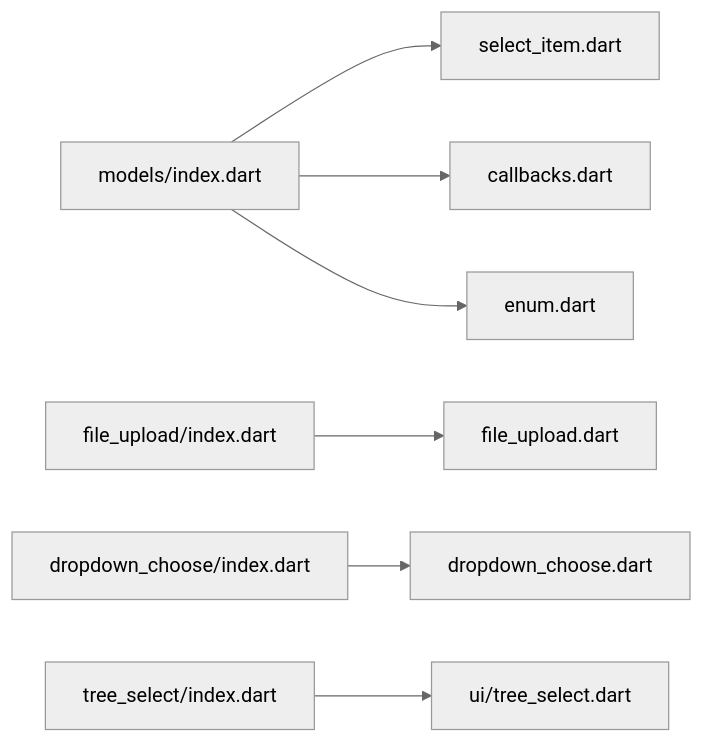
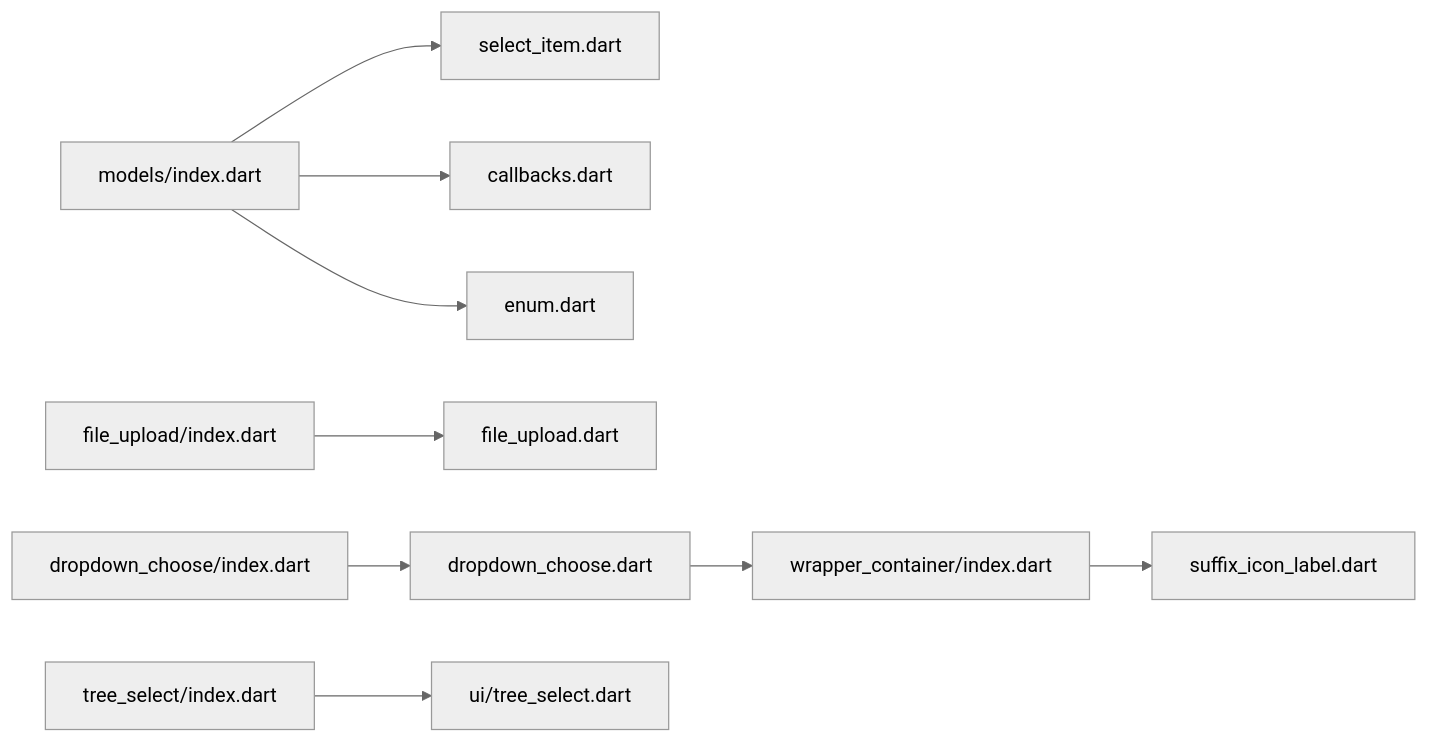
Before and after one commit to yuzhido/lite-ui: the eighth of 8 diagrams in .qoder/repowiki/zh/content/API 参考/高级组件 API/高级组件 API.md, drawn with Mermaid (neutral theme). The commit also changed other lines of this file and 37 other files, not shown here.

````diff
--- a/.qoder/repowiki/zh/content/API 参考/高级组件 API/高级组件 API.md
+++ b/.qoder/repowiki/zh/content/API 参考/高级组件 API/高级组件 API.md
@@ -292,9 +380,11 @@
 ```mermaid
 graph LR
 Models["models/index.dart"] --> SI["select_item.dart"]
 Models --> CB["callbacks.dart"]
 Models --> EN["enum.dart"]
 FU["file_upload/index.dart"] --> FC["file_upload.dart"]
 DC["dropdown_choose/index.dart"] --> DD["dropdown_choose.dart"]
+DD --> WC["wrapper_container/index.dart"]
+WC --> SIL["suffix_icon_label.dart"]
 TS["tree_select/index.dart"] --> TU["ui/tree_select.dart"]
 ```
````
